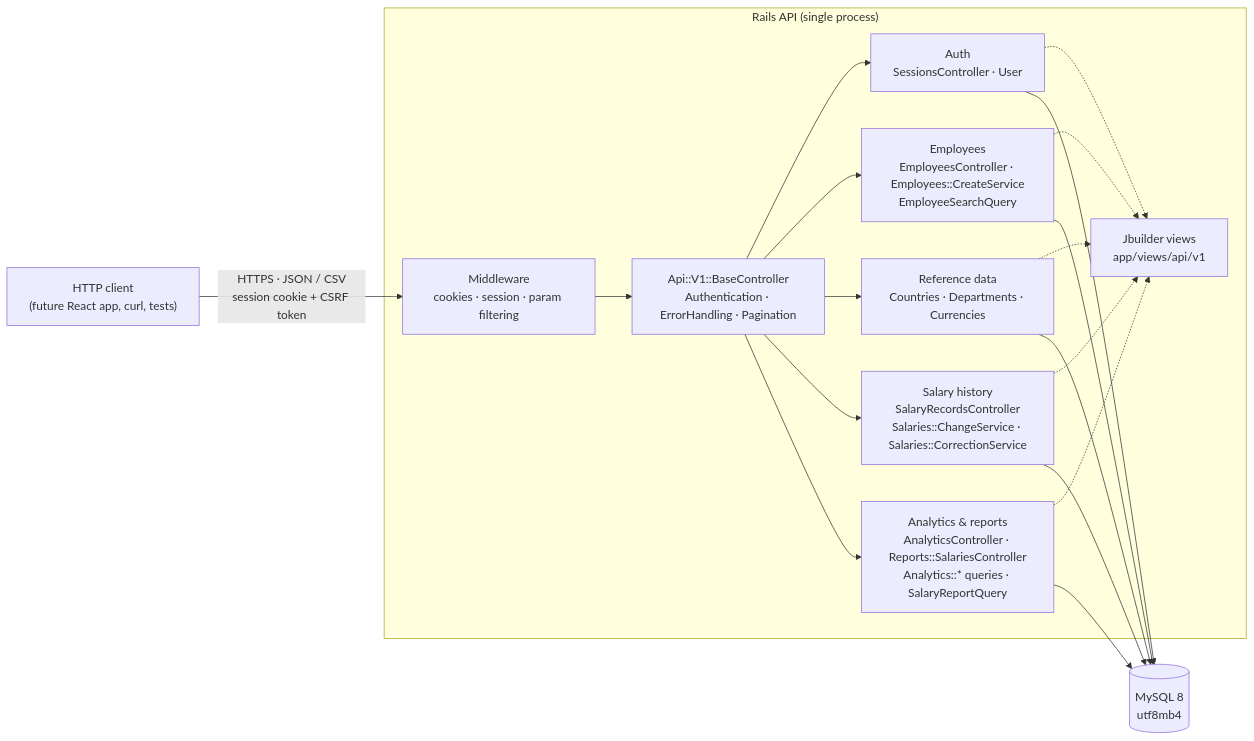
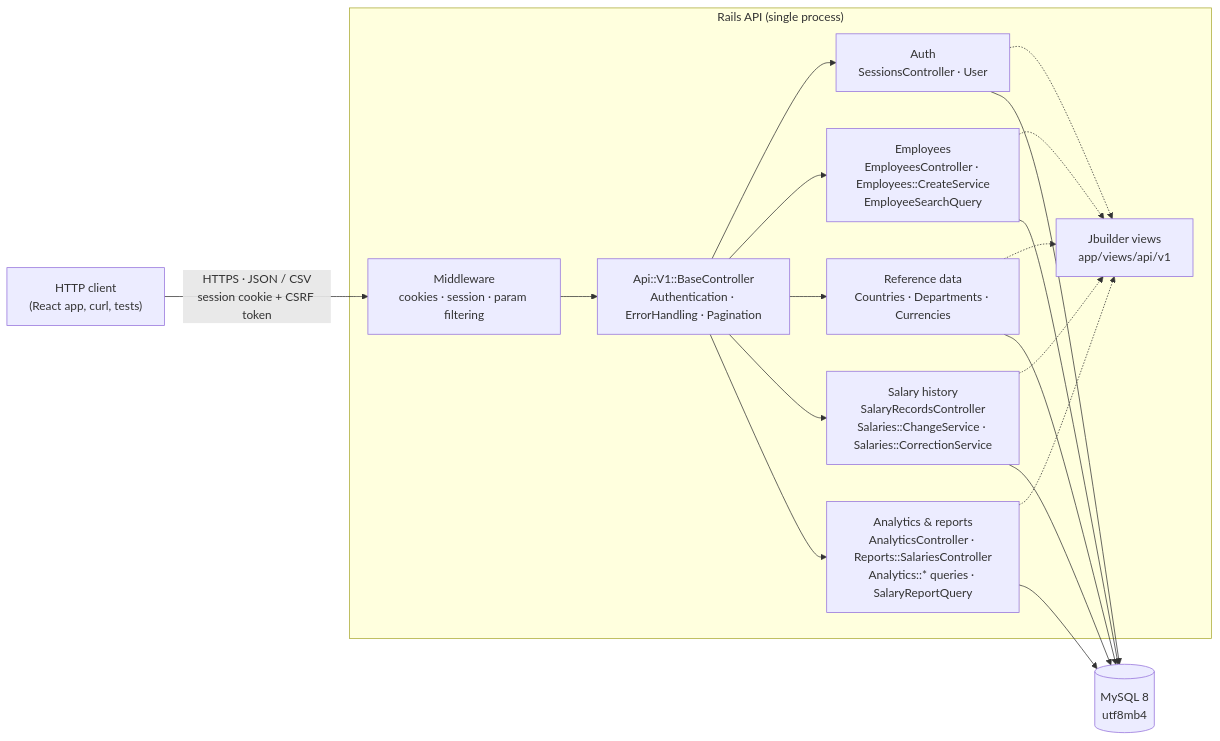
Before and after one commit to sumit-kumar-agrawal/acme_salary_mgt_sys: the first of 3 diagrams in docs/architecture.md, drawn with Mermaid. The commit also changed other lines of this file and 18 other files, not shown here.

````diff
--- a/docs/architecture.md
+++ b/docs/architecture.md
@@ -15,17 +15,17 @@
 ```mermaid
 flowchart LR
-    Client["HTTP client<br/>(future React app, curl, tests)"] -->|"HTTPS · JSON / CSV<br/>session cookie + CSRF token"| MW
+    Client["HTTP client<br/>(React app, curl, tests)"] -->|"HTTPS · JSON / CSV<br/>session cookie + CSRF token"| MW
 
     subgraph API["Rails API (single process)"]
         MW["Middleware<br/>cookies · session · param filtering"] --> BASE["Api::V1::BaseController<br/>Authentication · ErrorHandling · Pagination"]
         BASE --> AUTH["Auth<br/>SessionsController · User"]
         BASE --> EMP["Employees<br/>EmployeesController · Employees::CreateService<br/>EmployeeSearchQuery"]
         BASE --> REF["Reference data<br/>Countries · Departments · Currencies"]
         BASE --> SAL["Salary history<br/>SalaryRecordsController<br/>Salaries::ChangeService · Salaries::CorrectionService"]
         BASE --> ANA["Analytics & reports<br/>AnalyticsController · Reports::SalariesController<br/>Analytics::* queries · SalaryReportQuery"]
         SER["Jbuilder views<br/>app/views/api/v1"]
         EMP & SAL & ANA & REF & AUTH -.-> SER
     end
 
     AUTH & EMP & REF & SAL & ANA --> DB[("MySQL 8<br/>utf8mb4")]
 ```
````
